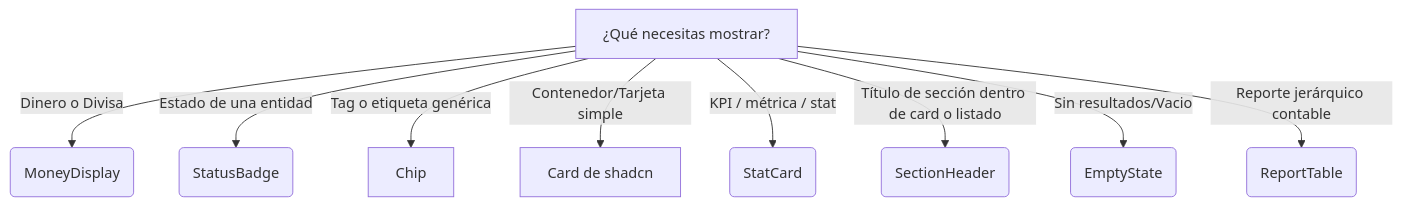
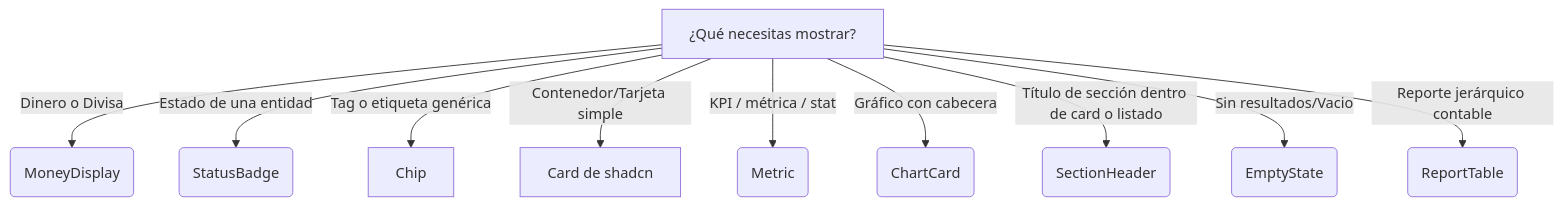
The third of 6 diagrams in docs/20-contracts/component-decision-tree.md (Patricoaa/ERPGrafico), drawn with Mermaid before and after one commit. The commit also changed other lines of this file and 19 other files, not shown here.

First line of the commit message:
feat(shared): Metric, MetricStrip y ChartCard (ADR-0149, fase 1)

````diff
--- a/docs/20-contracts/component-decision-tree.md
+++ b/docs/20-contracts/component-decision-tree.md
@@ -59,12 +59,13 @@
 ```mermaid
 graph TD
     A[¿Qué necesitas mostrar?]
     A -->|Dinero o Divisa| B(MoneyDisplay)
     A -->|Estado de una entidad| C(StatusBadge)
     A -->|Tag o etiqueta genérica| D[Chip]
     A -->|Contenedor/Tarjeta simple| E[Card de shadcn]
-    A -->|KPI / métrica / stat| H(StatCard)
+    A -->|KPI / métrica / stat| H(Metric)
+    A -->|Gráfico con cabecera| H2(ChartCard)
     A -->|Título de sección dentro de card o listado| I(SectionHeader)
     A -->|Sin resultados/Vacio| F(EmptyState)
     A -->|Reporte jerárquico contable| G(ReportTable)
 ```
````
